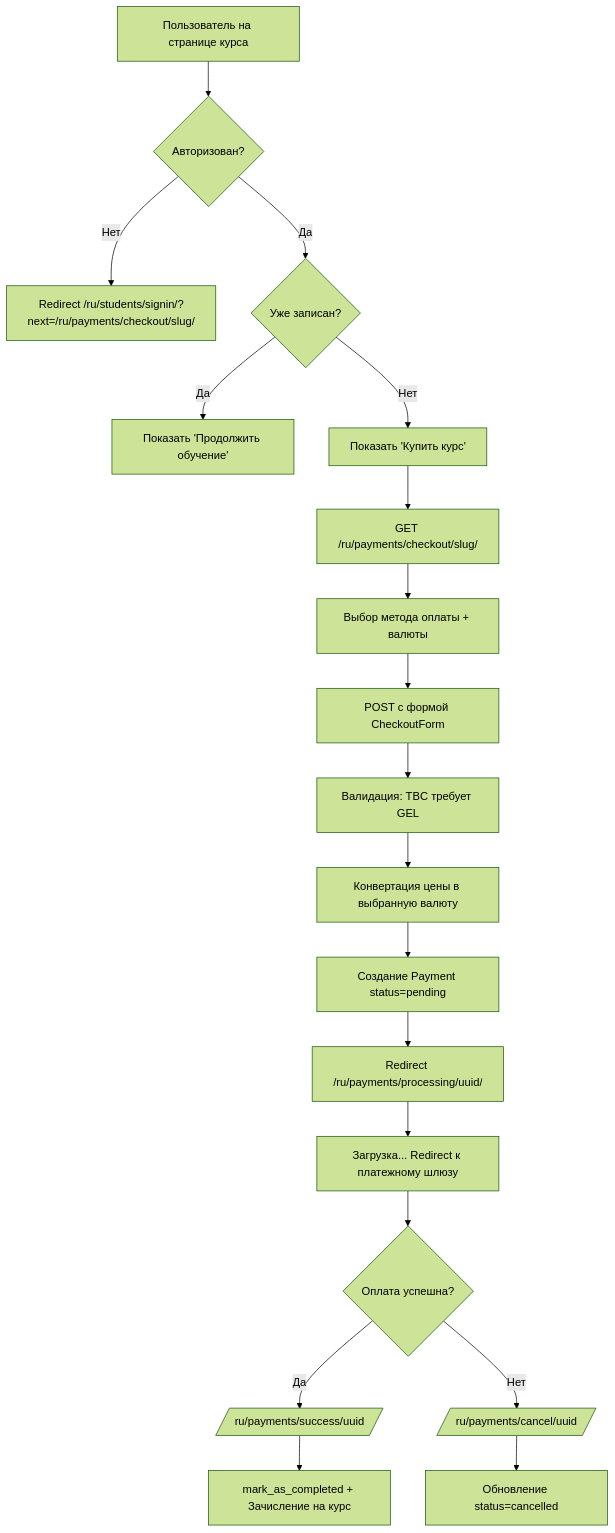
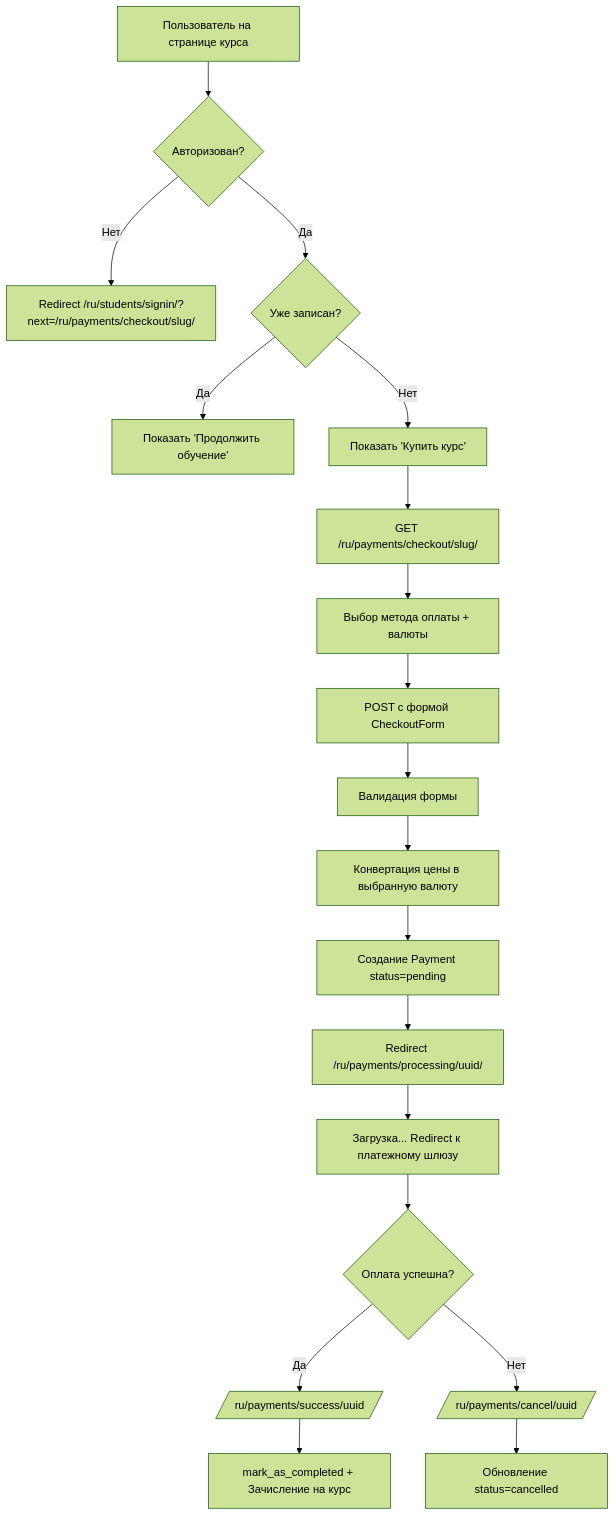
One commit to ps965xx7vn-lgtm/backend changed the diagram in src/payments/README.md. Above: the diagram before and after it, drawn with Mermaid (forest theme). The commit also changed other lines of this file and 68 other files, not shown here.

````diff
--- a/src/payments/README.md
+++ b/src/payments/README.md
@@ -134,21 +133,21 @@
 ```mermaid
 graph TD
     A[Пользователь на странице курса] --> B{Авторизован?}
     B -->|Нет| C[Redirect /ru/students/signin/?next=/ru/payments/checkout/slug/]
     B -->|Да| D{Уже записан?}
     D -->|Да| E[Показать 'Продолжить обучение']
     D -->|Нет| F[Показать 'Купить курс']
     F --> G[GET /ru/payments/checkout/slug/]
     G --> H[Выбор метода оплаты + валюты]
     H --> I[POST с формой CheckoutForm]
-    I --> J[Валидация: TBC требует GEL]
+    I --> J[Валидация формы]
     J --> K[Конвертация цены в выбранную валюту]
     K --> L[Создание Payment status=pending]
     L --> M[Redirect /ru/payments/processing/uuid/]
     M --> N[Загрузка... Redirect к платежному шлюзу]
     N --> O{Оплата успешна?}
     O -->|Да| P[/ru/payments/success/uuid/]
     O -->|Нет| Q[/ru/payments/cancel/uuid/]
     P --> R[mark_as_completed + Зачисление на курс]
     Q --> S[Обновление status=cancelled]
 ```
````
